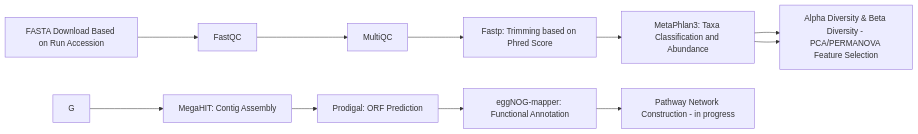
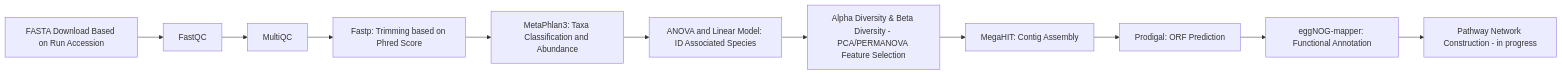
The diagram in README.md (tran986/colon_cancer_metaG), drawn with Mermaid before and after one commit.

````diff
--- a/README.md
+++ b/README.md
@@ -14,13 +14,13 @@
 ```mermaid
 flowchart LR
     A[FASTA Download Based on Run Accession] --> B[FastQC]
     B --> C[MultiQC]
     C --> D[Fastp: Trimming based on Phred Score]
     D --> E[MetaPhlan3: Taxa Classification and Abundance]
     E --> F[ANOVA and Linear Model: ID Associated Species]
-    E --> F[Alpha Diversity & Beta Diversity - PCA/PERMANOVA Feature Selection]
+    F --> G[Alpha Diversity & Beta Diversity - PCA/PERMANOVA Feature Selection]
     G --> H[MegaHIT: Contig Assembly]
     H --> I[Prodigal: ORF Prediction]
     I --> J[eggNOG-mapper: Functional Annotation]
     J --> K[Pathway Network Construction - in progress]
 ```
````
